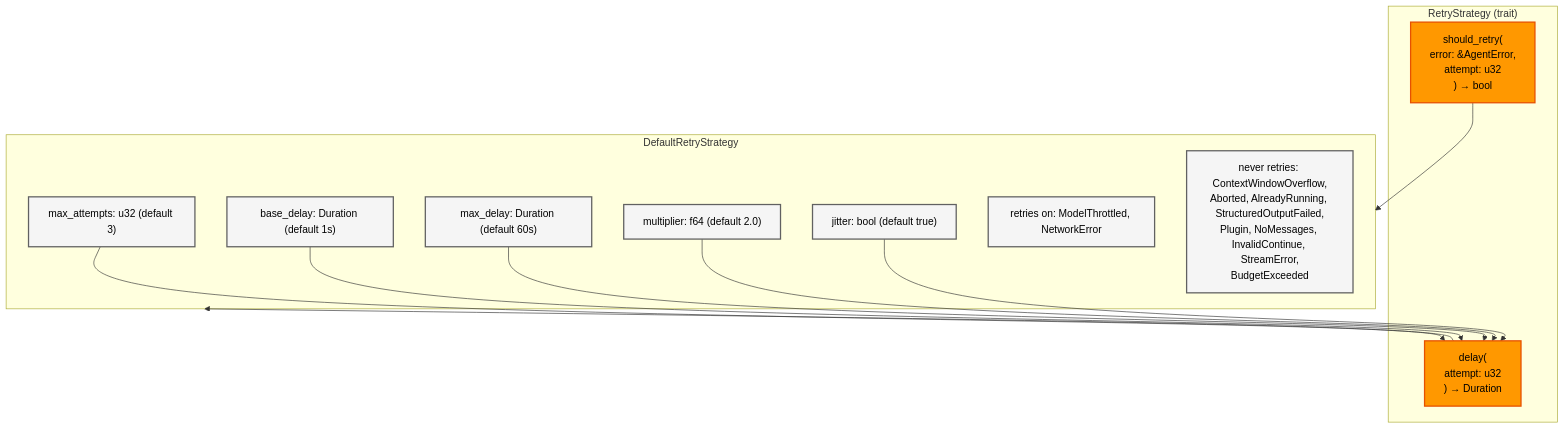
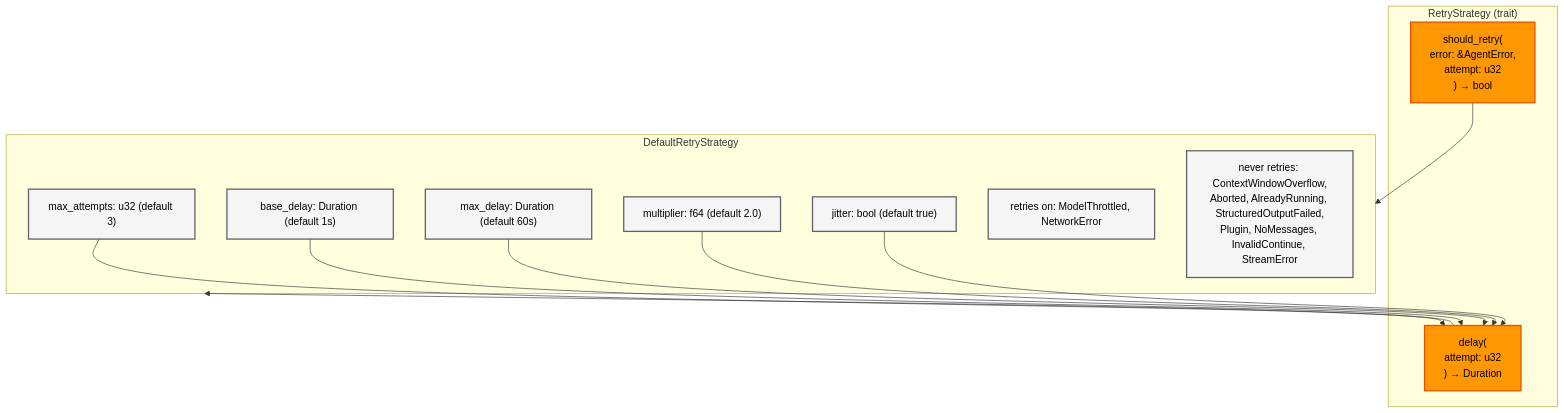
The third of 5 diagrams in docs/architecture/error-handling/README.md (SuperSwinkAI/Swink-Agent), drawn with Mermaid before and after one commit. The commit also changed other lines of this file and 20 other files, not shown here.

````diff
--- a/docs/architecture/error-handling/README.md
+++ b/docs/architecture/error-handling/README.md
@@ -118,31 +115,31 @@
 ```mermaid
 flowchart TB
     subgraph Trait["RetryStrategy (trait)"]
         ShouldRetry["should_retry(<br/>  error: &AgentError,<br/>  attempt: u32<br/>) → bool"]
         Delay["delay(<br/>  attempt: u32<br/>) → Duration"]
     end
 
     subgraph Default["DefaultRetryStrategy"]
         MaxAttempts["max_attempts: u32 (default 3)"]
         BaseDelay["base_delay: Duration (default 1s)"]
         MaxDelay["max_delay: Duration (default 60s)"]
         Multiplier["multiplier: f64 (default 2.0)"]
         Jitter["jitter: bool (default true)"]
         RetryOn["retries on: ModelThrottled, NetworkError"]
-        NeverOn["never retries: ContextWindowOverflow,<br/>Aborted, AlreadyRunning, StructuredOutputFailed,<br/>Plugin, NoMessages, InvalidContinue, StreamError,<br/>BudgetExceeded"]
+        NeverOn["never retries: ContextWindowOverflow,<br/>Aborted, AlreadyRunning, StructuredOutputFailed,<br/>Plugin, NoMessages, InvalidContinue, StreamError"]
     end
 
     ShouldRetry --> Default
     Delay --> Default
     MaxAttempts --> Delay
     BaseDelay --> Delay
     MaxDelay --> Delay
     Multiplier --> Delay
     Jitter --> Delay
 
     classDef traitStyle fill:#ff9800,stroke:#e65100,stroke-width:2px,color:#000
     classDef defaultStyle fill:#f5f5f5,stroke:#616161,stroke-width:2px,color:#000
 
     class ShouldRetry,Delay traitStyle
     class MaxAttempts,BaseDelay,MaxDelay,Multiplier,Jitter,RetryOn,NeverOn defaultStyle
 ```
````
